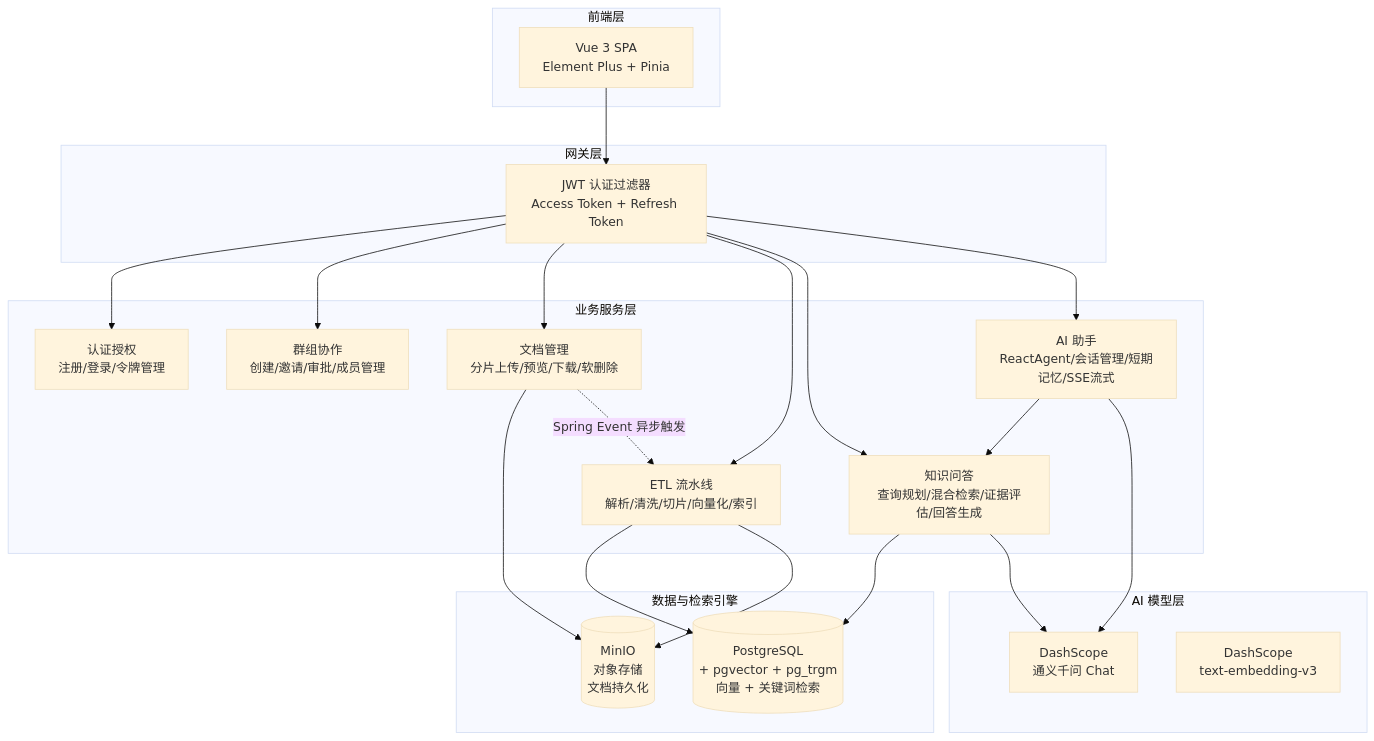
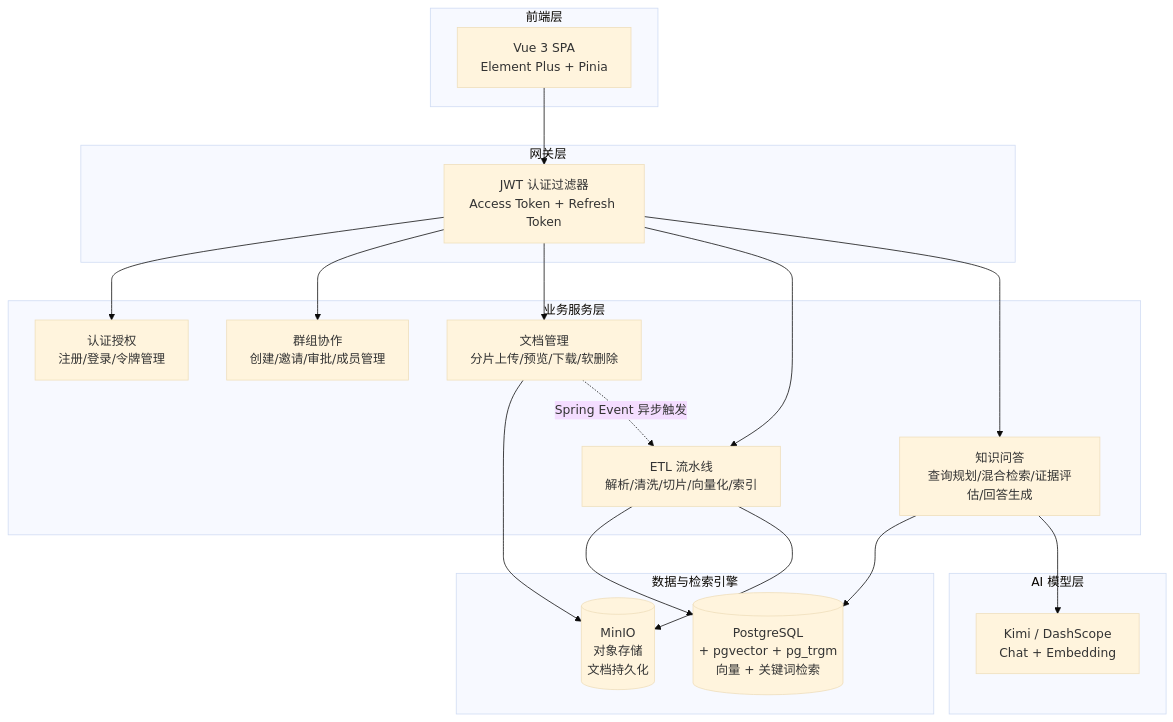
The diagram in README.md (wentao3225/Argus), drawn with Mermaid (base theme) before and after one commit. The commit also changed other lines of this file and 1 other file, not shown here.

````diff
--- a/README.md
+++ b/README.md
@@ -122,37 +109,34 @@
 ```mermaid
 graph TB
     subgraph 前端层
         A[Vue 3 SPA<br/>Element Plus + Pinia]
     end
 
     subgraph 网关层
         B[JWT 认证过滤器<br/>Access Token + Refresh Token]
     end
 
     subgraph 业务服务层
         C[认证授权<br/>注册/登录/令牌管理]
         D[群组协作<br/>创建/邀请/审批/成员管理]
         E[文档管理<br/>分片上传/预览/下载/软删除]
         F[ETL 流水线<br/>解析/清洗/切片/向量化/索引]
         G[知识问答<br/>查询规划/混合检索/证据评估/回答生成]
-        H[AI 助手<br/>ReactAgent/会话管理/短期记忆/SSE流式]
     end
 
     subgraph 数据与检索引擎
         I[(PostgreSQL<br/>+ pgvector + pg_trgm<br/>向量 + 关键词检索)]
         K[(MinIO<br/>对象存储<br/>文档持久化)]
     end
 
     subgraph AI 模型层
-        L[DashScope<br/>通义千问 Chat]
-        M[DashScope<br/>text-embedding-v3]
+        L[Kimi / DashScope<br/>Chat + Embedding]
     end
 
     A --> B
-    B --> C & D & E & F & G & H
+    B --> C & D & E & F & G
     E --> K
     F --> I & K
     G --> I & L
-    H --> G & L
     E -.->|Spring Event 异步触发| F
 ```
````
